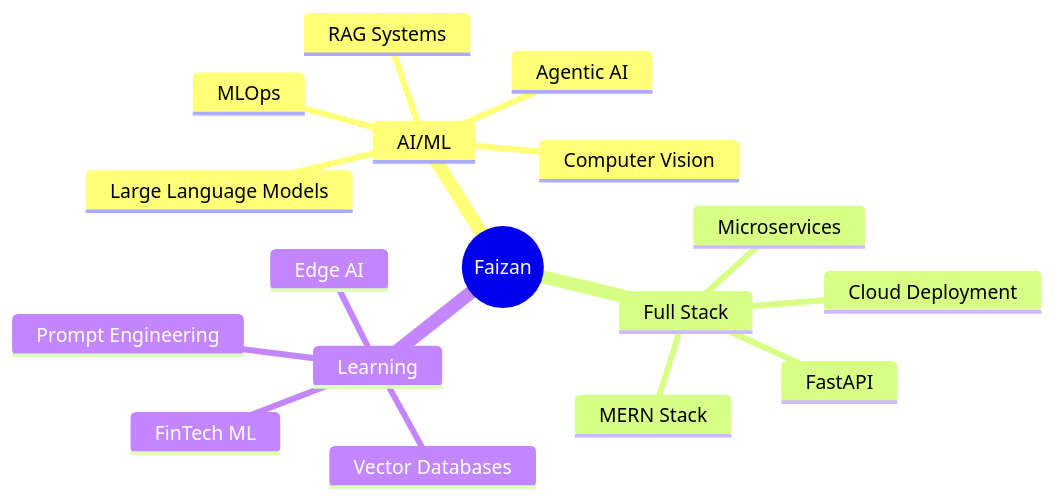
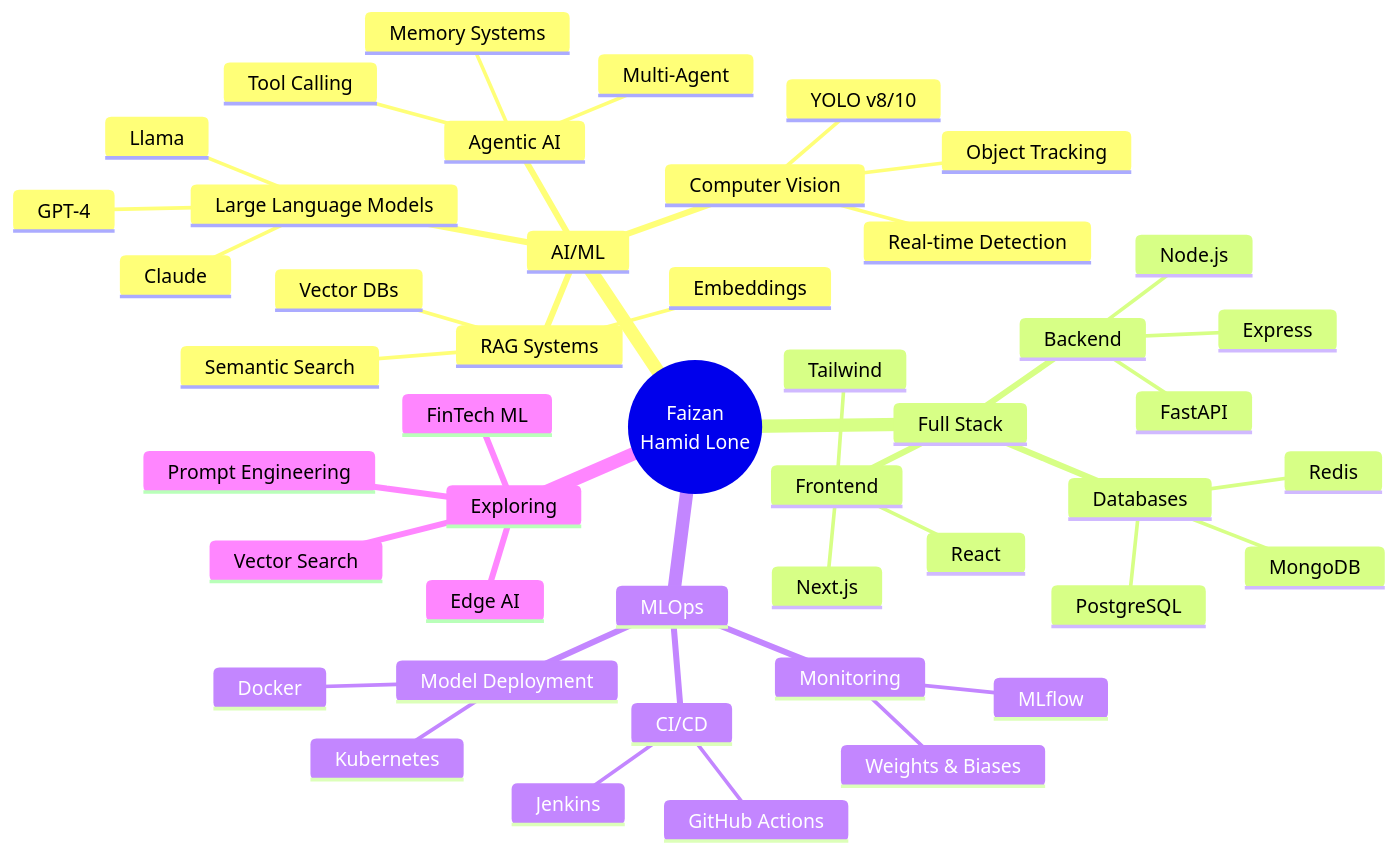
The diagram in README.md (saffronhamid/saffronhamid), drawn with Mermaid before and after one commit. The commit also changed other lines of this file, not shown here.

````diff
--- a/README.md
+++ b/README.md
@@ -290,20 +319,49 @@
 ```mermaid
 mindmap
-  root((Faizan))
+  root((Faizan<br/>Hamid Lone))
     AI/ML
       Large Language Models
+        GPT-4
+        Claude
+        Llama
       RAG Systems
+        Vector DBs
+        Embeddings
+        Semantic Search
       Agentic AI
+        Tool Calling
+        Memory Systems
+        Multi-Agent
       Computer Vision
-      MLOps
+        YOLO v8/10
+        Object Tracking
+        Real-time Detection
     Full Stack
-      MERN Stack
-      FastAPI
-      Cloud Deployment
-      Microservices
-    Learning
-      Vector Databases
+      Frontend
+        React
+        Next.js
+        Tailwind
+      Backend
+        Node.js
+        FastAPI
+        Express
+      Databases
+        MongoDB
+        PostgreSQL
+        Redis
+    MLOps
+      Model Deployment
+        Docker
+        Kubernetes
+      Monitoring
+        MLflow
+        Weights & Biases
+      CI/CD
+        GitHub Actions
+        Jenkins
+    Exploring
+      Edge AI
+      FinTech ML
       Prompt Engineering
-      FinTech ML
-      Edge AI
+      Vector Search
 ```
````
